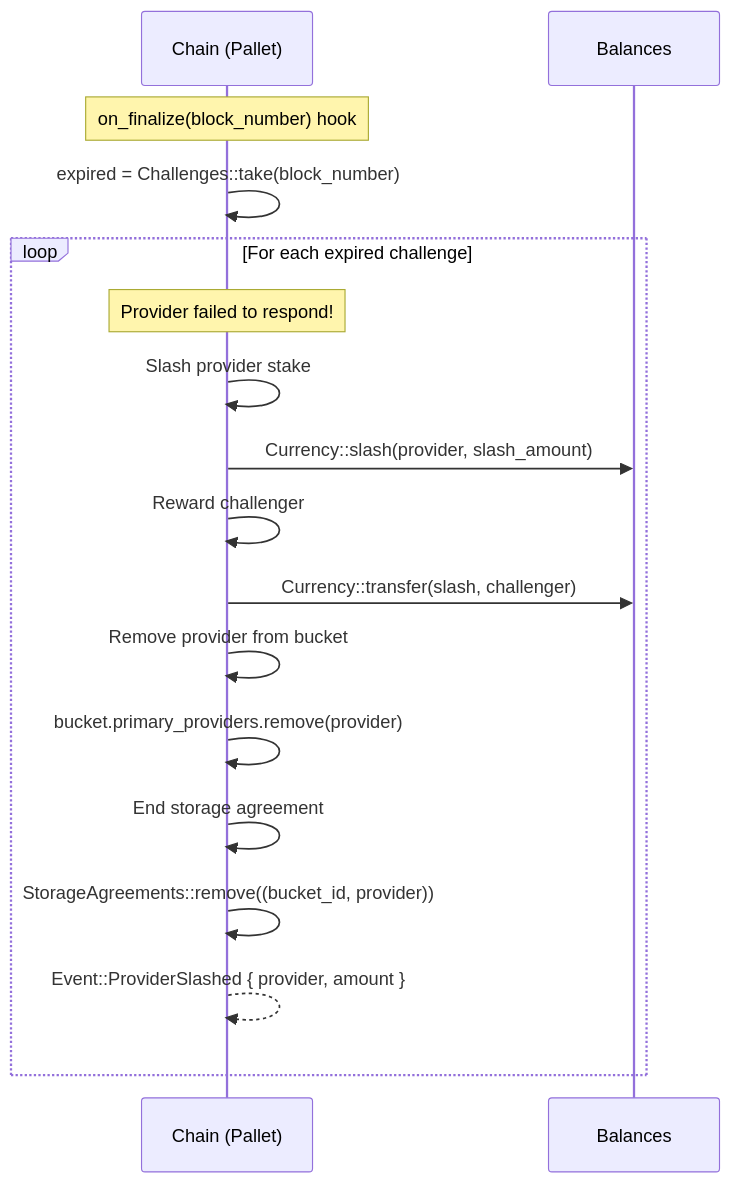
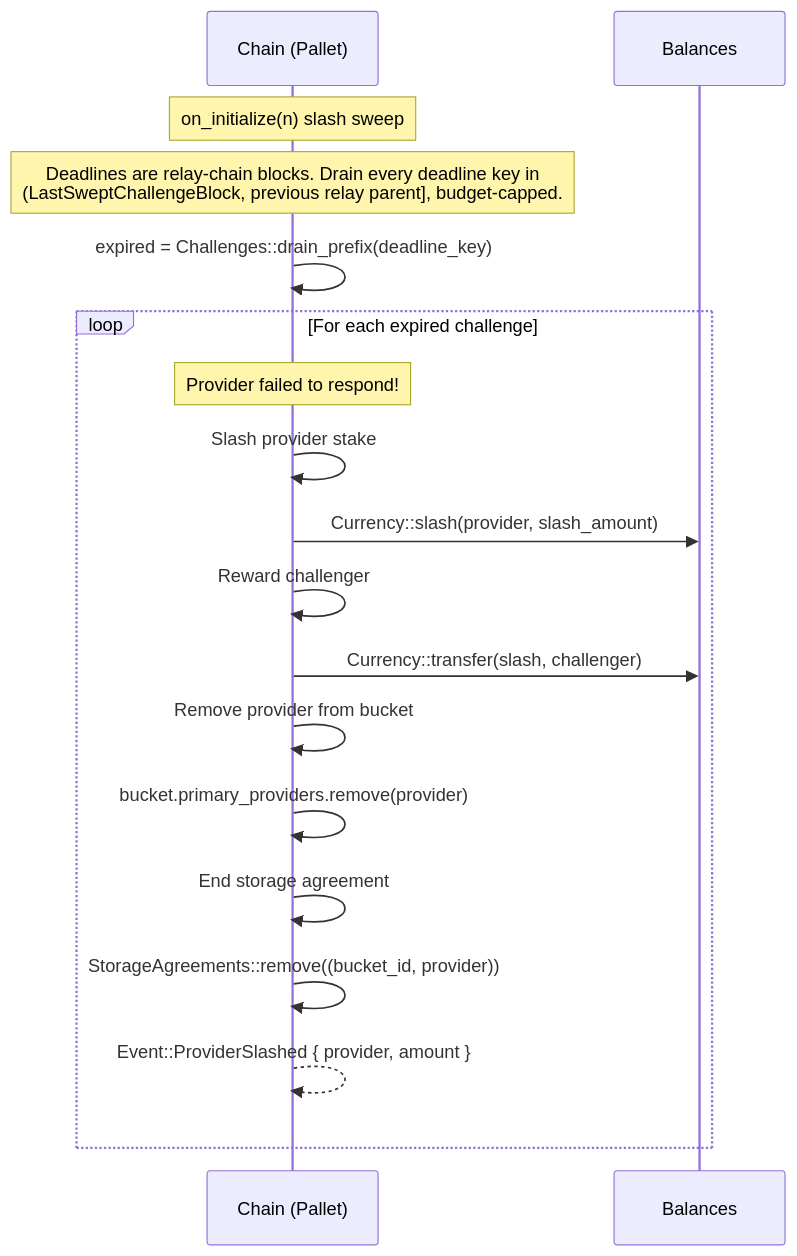
One commit to paritytech/web3-storage changed diagram 11 of 13 in docs/design/EXECUTION_FLOWS.md. Above: the diagram before and after it, drawn with Mermaid.

Commit message:
Update slashing flow diagram for the on_initialize range sweep
The Automatic Slashing sequence still showed the old
on_finalize(block_number) single-key take. Reflect the relay-block
range drain tracked by LastSweptChallengeBlock.

Addresses review comment on #268.

````diff
--- a/docs/design/EXECUTION_FLOWS.md
+++ b/docs/design/EXECUTION_FLOWS.md
@@ -536,27 +536,29 @@
 ```mermaid
 sequenceDiagram
     participant C as Chain (Pallet)
     participant B as Balances
 
-    Note over C: on_finalize(block_number) hook
+    Note over C: on_initialize(n) slash sweep
 
-    C->>C: expired = Challenges::take(block_number)
+    Note over C: Deadlines are relay-chain blocks. Drain every deadline key in<br/>(LastSweptChallengeBlock, previous relay parent], budget-capped.
+
+    C->>C: expired = Challenges::drain_prefix(deadline_key)
 
     loop For each expired challenge
         Note over C: Provider failed to respond!
 
         C->>C: Slash provider stake
         C->>B: Currency::slash(provider, slash_amount)
 
         C->>C: Reward challenger
         C->>B: Currency::transfer(slash, challenger)
 
         C->>C: Remove provider from bucket
         C->>C: bucket.primary_providers.remove(provider)
 
         C->>C: End storage agreement
         C->>C: StorageAgreements::remove((bucket_id, provider))
 
         C-->>C: Event::ProviderSlashed { provider, amount }
     end
 ```
````
